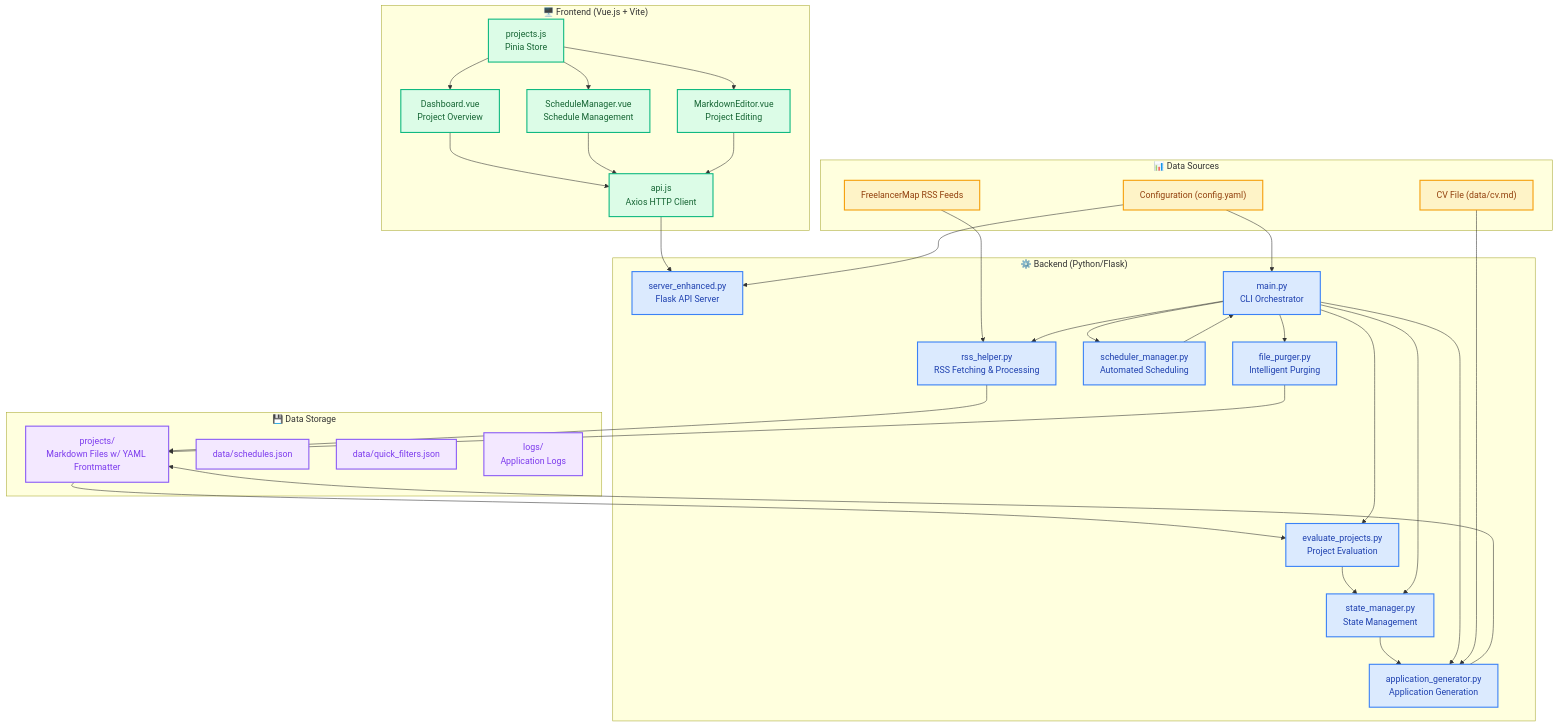
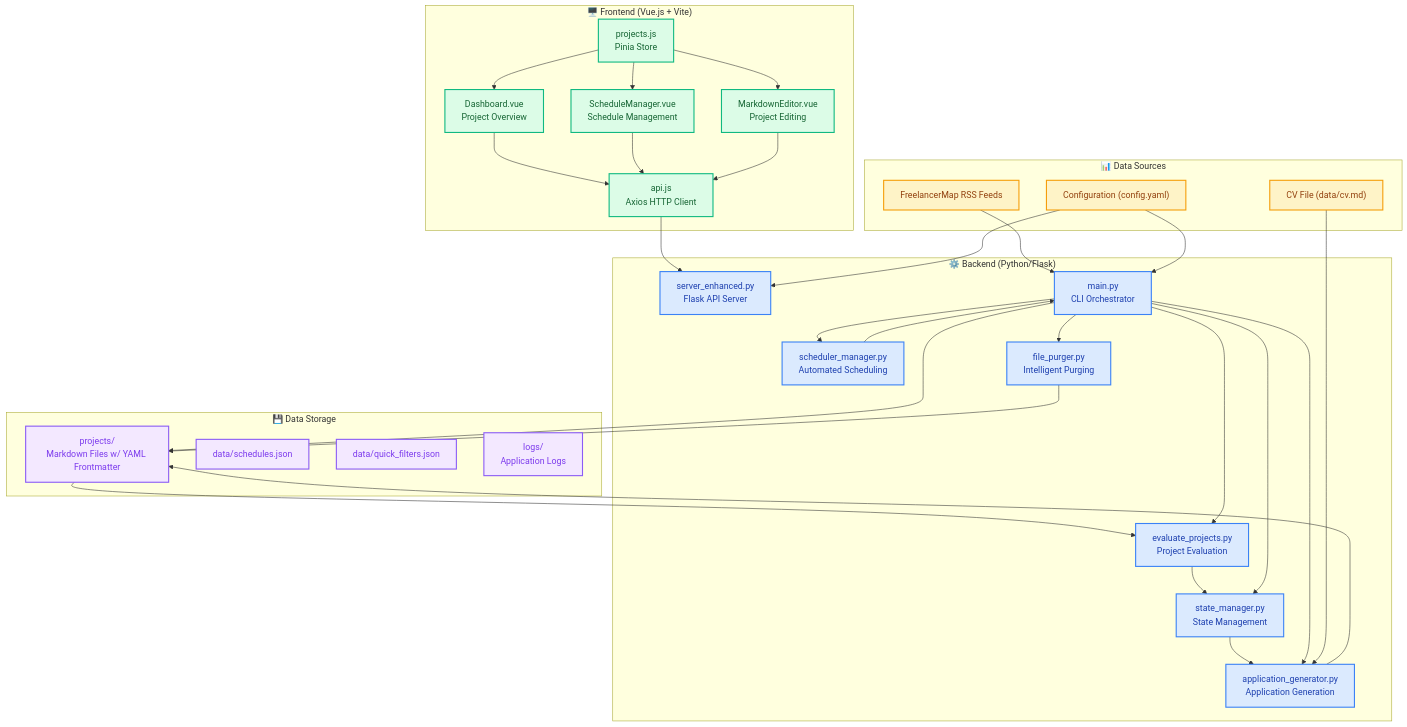
One commit to andreaswittmann/project-bot changed the first of 7 diagrams in architecture.md. Above: the diagram before and after it, drawn with Mermaid. The commit also changed other lines of this file and 15 other files, not shown here.

````diff
--- a/architecture.md
+++ b/architecture.md
@@ -5,74 +5,72 @@
 ```mermaid
 graph TB
     %% Define styles
     classDef dataSource fill:#fef3c7,stroke:#f59e0b,stroke-width:2px,color:#92400e
     classDef backend fill:#dbeafe,stroke:#3b82f6,stroke-width:2px,color:#1e40af
     classDef frontend fill:#dcfce7,stroke:#10b981,stroke-width:2px,color:#166534
     classDef storage fill:#f3e8ff,stroke:#8b5cf6,stroke-width:2px,color:#7c3aed
     classDef main fill:#fee2e2,stroke:#ef4444,stroke-width:3px,color:#dc2626
 
     subgraph "📊 Data Sources"
         RSS[FreelancerMap RSS Feeds]
         CV["CV File (data/cv.md)"]
         Config["Configuration (config.yaml)"]
     end
 
     subgraph "⚙️ Backend (Python/Flask)"
         Server[server_enhanced.py<br/>Flask API Server]
         Main[main.py<br/>CLI Orchestrator]
-        RSSHelper[rss_helper.py<br/>RSS Fetching & Processing]
         Evaluator[evaluate_projects.py<br/>Project Evaluation]
         Generator[application_generator.py<br/>Application Generation]
         StateMgr[state_manager.py<br/>State Management]
         Scheduler[scheduler_manager.py<br/>Automated Scheduling]
         Purger[file_purger.py<br/>Intelligent Purging]
     end
 
     subgraph "🖥️ Frontend (Vue.js + Vite)"
         Dashboard[Dashboard.vue<br/>Project Overview]
         ScheduleMgr[ScheduleManager.vue<br/>Schedule Management]
         MarkdownEditor[MarkdownEditor.vue<br/>Project Editing]
         Store[projects.js<br/>Pinia Store]
         API[api.js<br/>Axios HTTP Client]
     end
 
     subgraph "💾 Data Storage"
         Projects[projects/<br/>Markdown Files w/ YAML Frontmatter]
         Schedules[data/schedules.json]
         QuickFilters[data/quick_filters.json]
         Logs[logs/<br/>Application Logs]
     end
 
-    RSS --> RSSHelper
-    RSSHelper --> Projects
+    RSS --> Main
+    Main --> Projects
     Projects --> Evaluator
     Evaluator --> StateMgr
     StateMgr --> Generator
     Generator --> Projects
-    Main --> RSSHelper
     Main --> Evaluator
     Main --> Generator
     Main --> StateMgr
     Main --> Scheduler
     Main --> Purger
 
     Dashboard --> API
     ScheduleMgr --> API
     MarkdownEditor --> API
     API --> Server
     Store --> Dashboard
     Store --> ScheduleMgr
     Store --> MarkdownEditor
 
     Scheduler --> Main
     Purger --> Projects
     Config --> Server
     Config --> Main
     CV --> Generator
 
     %% Apply styles
     class RSS,CV,Config dataSource
-    class Server,Main,RSSHelper,Evaluator,Generator,StateMgr,Scheduler,Purger backend
+    class Server,Main,Evaluator,Generator,StateMgr,Scheduler,Purger backend
     class Dashboard,ScheduleMgr,MarkdownEditor,Store,API frontend
     class Projects,Schedules,QuickFilters,Logs storage
 ```
````
